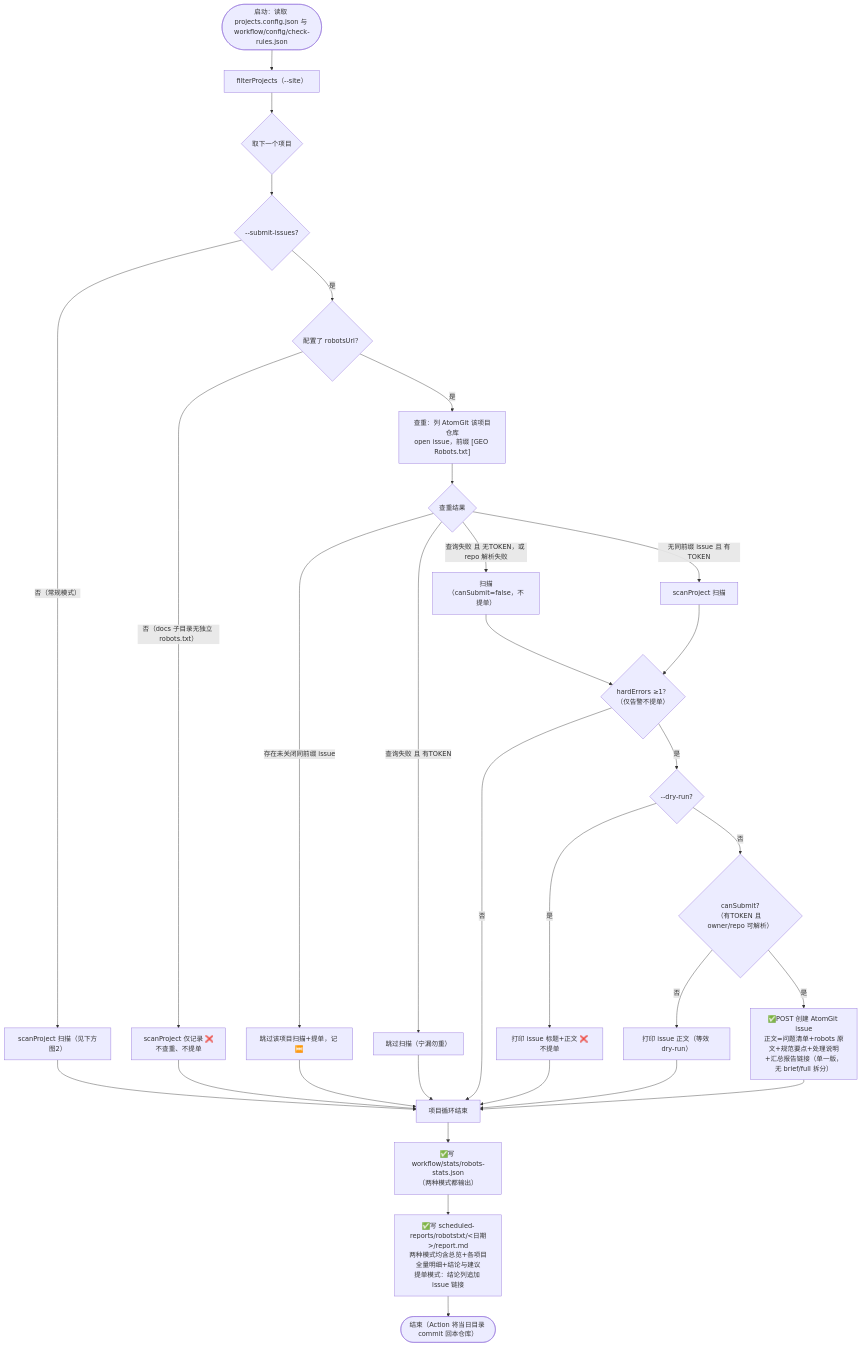
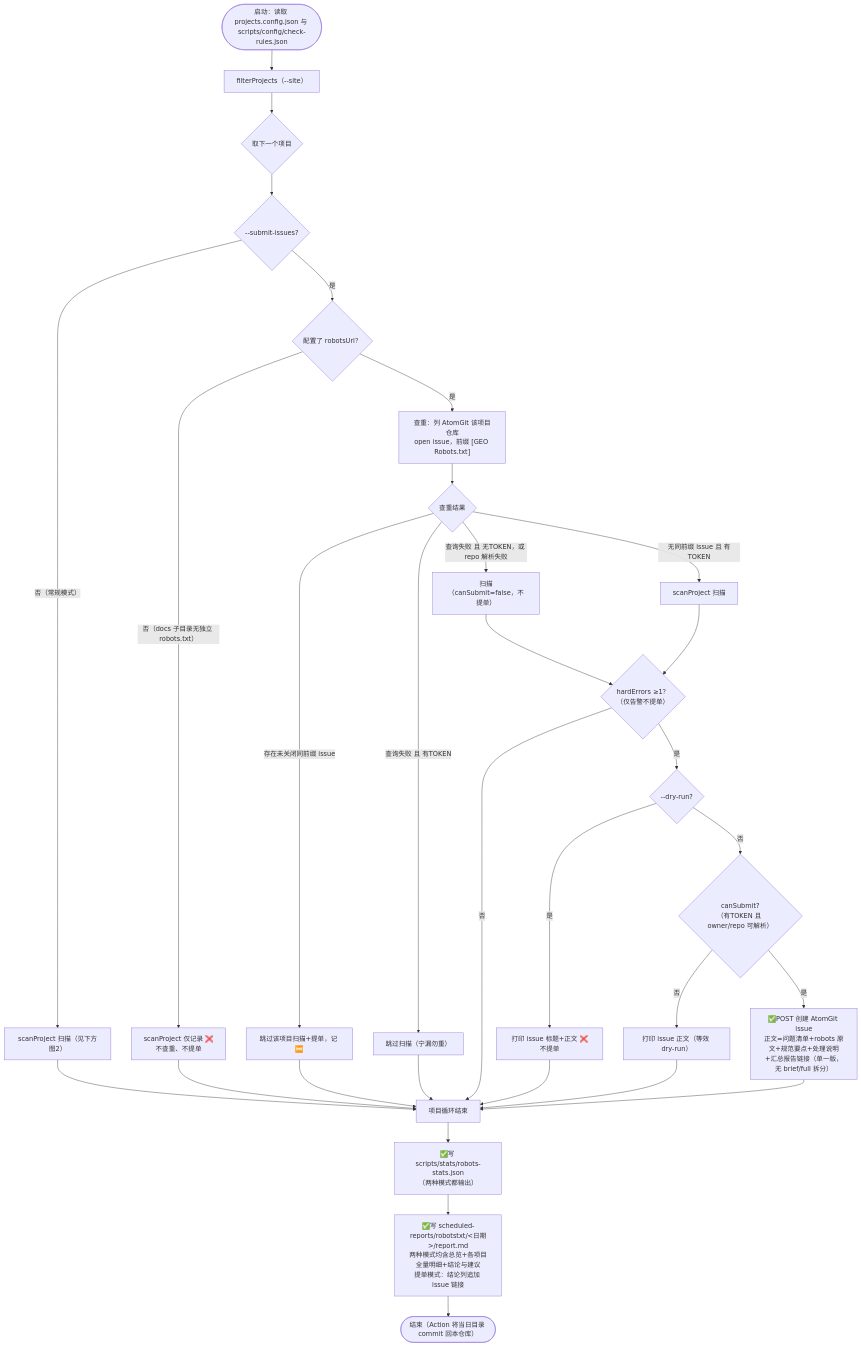
The first of 2 diagrams in measures/01-robots-txt/工具与脚本.md (opensourceways/daily-check-workflow), drawn with Mermaid before and after one commit. The commit also changed other lines of this file and 65 other files, not shown here.

Commit message:
refactor: workflow/ 更名为 scripts/、检查脚本移至 scripts/checks/，package.json/pnpm-lock.yaml 上移仓库根作为 Node 项目根，同步更新 Actions、看板、文档与 skill 中的路径

````diff
--- a/measures/01-robots-txt/工具与脚本.md
+++ b/measures/01-robots-txt/工具与脚本.md
@@ -50,36 +50,36 @@
 ```mermaid
 flowchart TD
-    S(["启动：读取 projects.config.json 与 workflow/config/check-rules.json"]) --> FLT["filterProjects（--site）"]
+    S(["启动：读取 projects.config.json 与 scripts/config/check-rules.json"]) --> FLT["filterProjects（--site）"]
     FLT --> LOOP{"取下一个项目"}
     LOOP --> MODE{"--submit-issues?"}
 
     MODE -->|"否（常规模式）"| SCAN["scanProject 扫描（见下方图2）"]
     SCAN --> LOOP2["项目循环结束"]
 
     MODE -->|"是"| CONF{"配置了 robotsUrl？"}
     CONF -->|"否（docs 子目录无独立 robots.txt）"| SCANC["scanProject 仅记录 ❌<br/>不查重、不提单"]
     SCANC --> LOOP2
     CONF -->|"是"| PRE["查重：列 AtomGit 该项目仓库<br/>open issue，前缀 [GEO Robots.txt]"]
     PRE --> PR{"查重结果"}
     PR -->|"存在未关闭同前缀 issue"| SKIP["跳过该项目扫描+提单，记 ⏭️"]
     PR -->|"查询失败 且 有TOKEN"| SKIP2["跳过扫描（宁漏勿重）"]
     PR -->|"查询失败 且 无TOKEN，或 repo 解析失败"| SCAN2["扫描（canSubmit=false，不提单）"]
     PR -->|"无同前缀 issue 且 有TOKEN"| SCAN3["scanProject 扫描"]
     SCAN2 --> HIT
     SCAN3 --> HIT{"hardErrors ≥1？<br/>（仅告警不提单）"}
     HIT -->|"否"| LOOP2
     HIT -->|"是"| DR{"--dry-run?"}
     DR -->|"是"| P1["打印 issue 标题+正文 ❌不提单"]
     DR -->|"否"| CS{"canSubmit?<br/>（有TOKEN 且 owner/repo 可解析）"}
     CS -->|"否"| P2["打印 issue 正文（等效 dry-run）"]
     CS -->|"是"| ISSUE["✅POST 创建 AtomGit issue<br/>正文=问题清单+robots 原文+规范要点+处理说明<br/>+汇总报告链接（单一版，无 brief/full 拆分）"]
 
     SKIP --> LOOP2
     SKIP2 --> LOOP2
     P1 --> LOOP2
     P2 --> LOOP2
     ISSUE --> LOOP2
-    LOOP2 --> STATS["✅写 workflow/stats/robots-stats.json<br/>（两种模式都输出）"]
+    LOOP2 --> STATS["✅写 scripts/stats/robots-stats.json<br/>（两种模式都输出）"]
     STATS --> RPT["✅写 scheduled-reports/robotstxt/&lt;日期&gt;/report.md<br/>两种模式均含总览+各项目全量明细+结论与建议<br/>提单模式：结论列追加 issue 链接"]
     RPT --> END(["结束（Action 将当日目录 commit 回本仓库）"])
 ```
````
